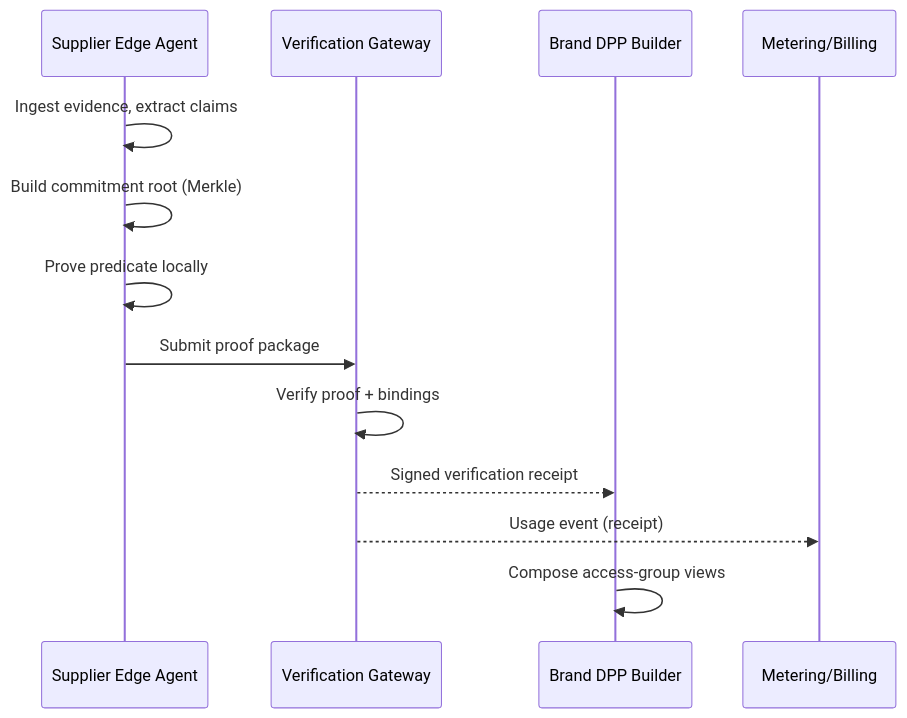
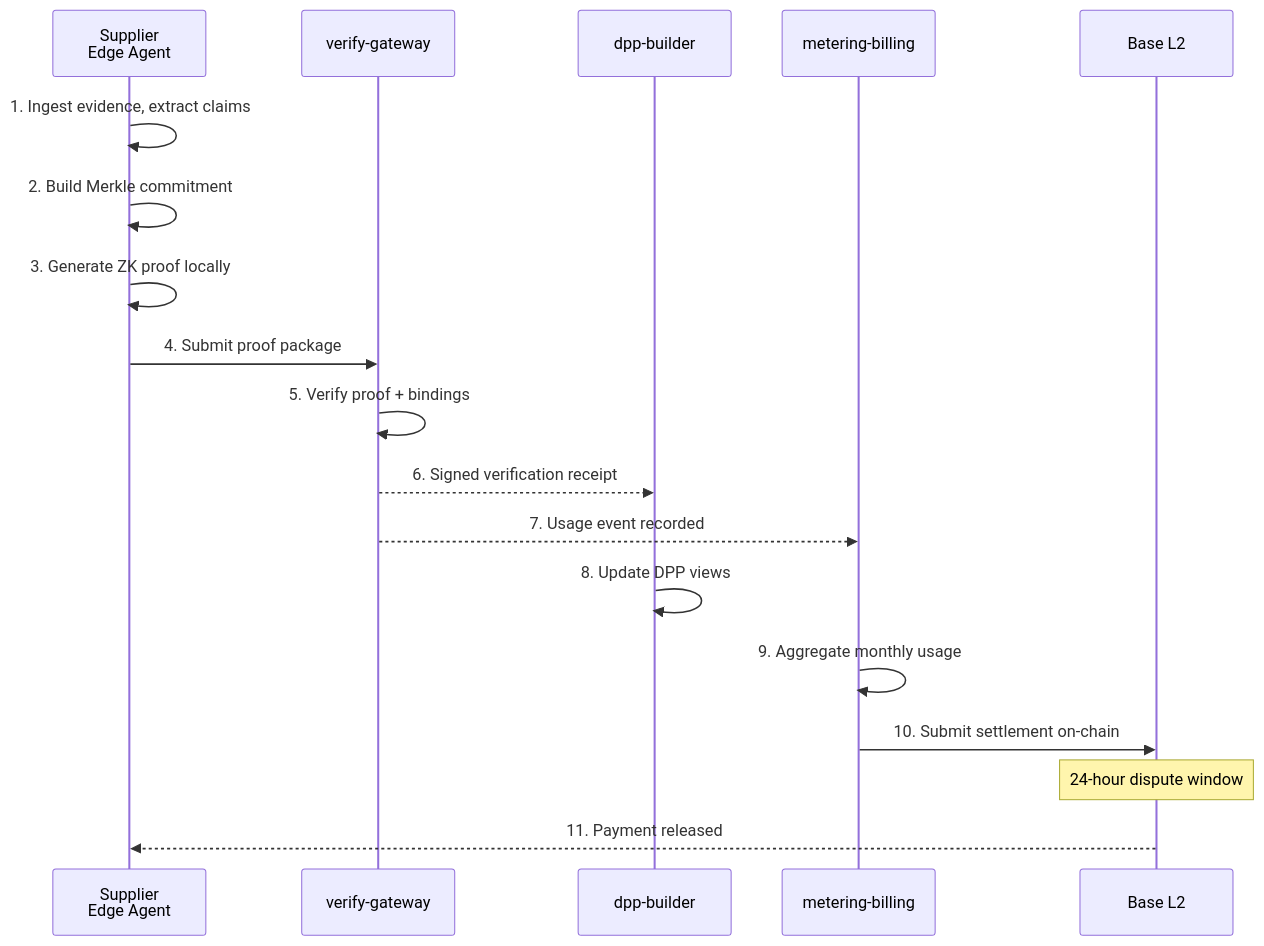
One commit to hadijannat/zk-dpp-royalty-protocol changed the second of 2 diagrams in README.md. Above: the diagram before and after it, drawn with Mermaid. The commit also changed other lines of this file, not shown here.

````diff
--- a/README.md
+++ b/README.md
@@ -46,16 +233,21 @@
 ```mermaid
 sequenceDiagram
-  participant Supplier as Supplier Edge Agent
-  participant Gateway as Verification Gateway
-  participant Brand as Brand DPP Builder
-  participant Metering as Metering/Billing
+    participant S as Supplier<br/>Edge Agent
+    participant G as verify-gateway
+    participant D as dpp-builder
+    participant M as metering-billing
+    participant B as Base L2
 
-  Supplier->>Supplier: Ingest evidence, extract claims
-  Supplier->>Supplier: Build commitment root (Merkle)
-  Supplier->>Supplier: Prove predicate locally
-  Supplier->>Gateway: Submit proof package
-  Gateway->>Gateway: Verify proof + bindings
-  Gateway-->>Brand: Signed verification receipt
-  Gateway-->>Metering: Usage event (receipt)
-  Brand->>Brand: Compose access‑group views
+    S->>S: 1. Ingest evidence, extract claims
+    S->>S: 2. Build Merkle commitment
+    S->>S: 3. Generate ZK proof locally
+    S->>G: 4. Submit proof package
+    G->>G: 5. Verify proof + bindings
+    G-->>D: 6. Signed verification receipt
+    G-->>M: 7. Usage event recorded
+    D->>D: 8. Update DPP views
+    M->>M: 9. Aggregate monthly usage
+    M->>B: 10. Submit settlement on-chain
+    Note over B: 24-hour dispute window
+    B-->>S: 11. Payment released
 ```
````
